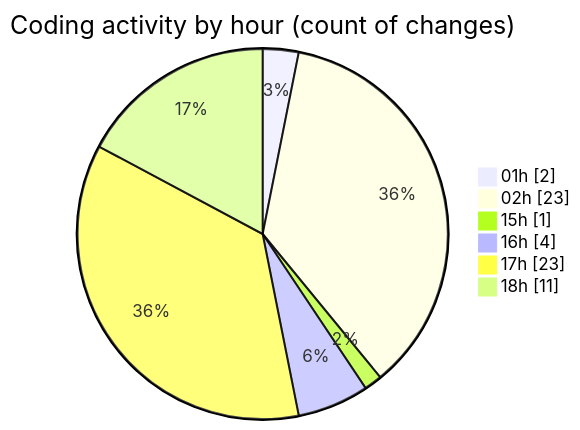
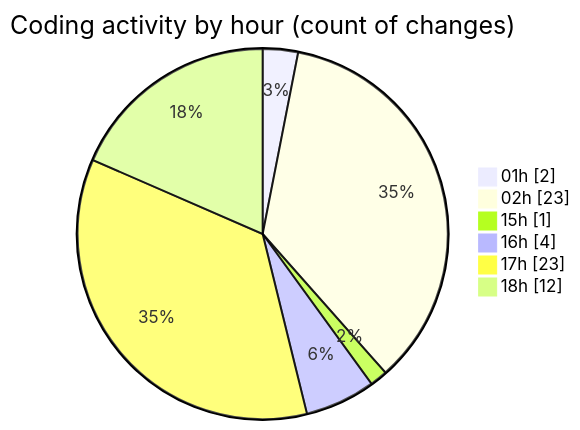
Before and after one commit to mevix1/code-tracking: the second of 2 diagrams in 2025-10-01/open-health/README.md, drawn with Mermaid. The commit also changed other lines of this file and 1 other file, not shown here.

````diff
--- a/2025-10-01/open-health/README.md
+++ b/2025-10-01/open-health/README.md
@@ -70,10 +70,10 @@
 ```mermaid
 pie showData
 title Coding activity by hour (count of changes)
 "01h" : 2
 "02h" : 23
 "15h" : 1
 "16h" : 4
 "17h" : 23
-"18h" : 11
+"18h" : 12
 ```
````
